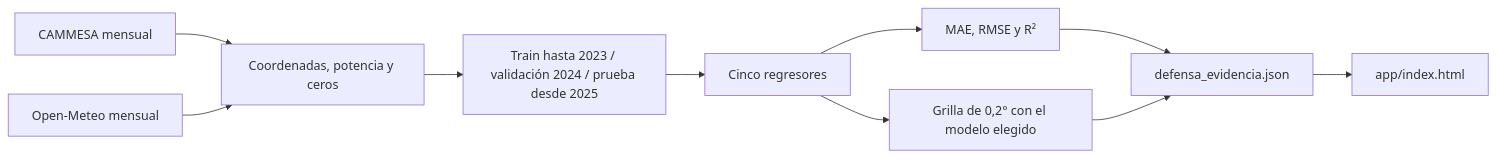
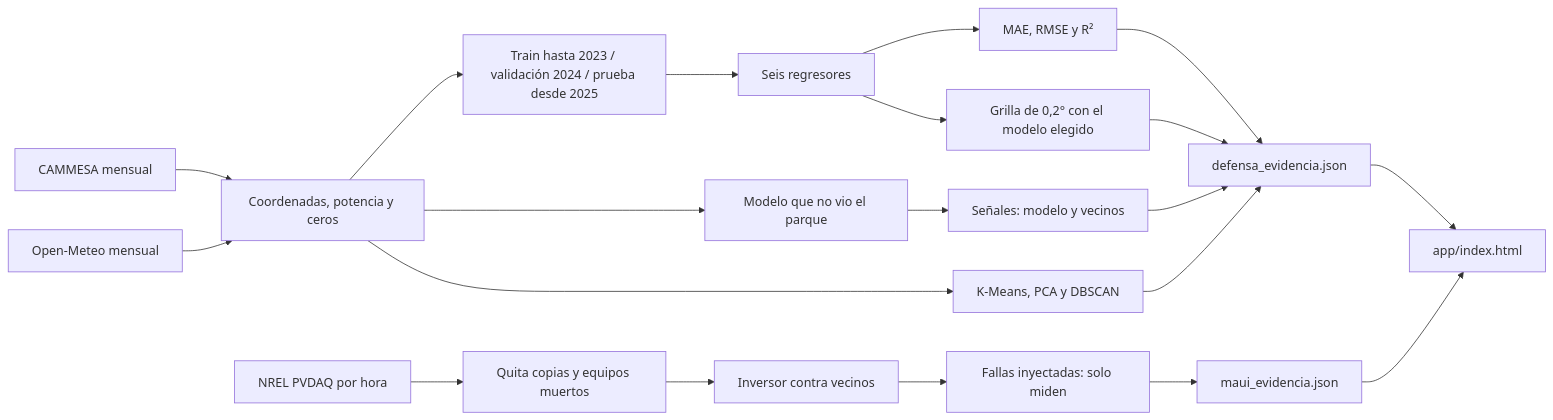
Before and after one commit to imelinc/tpo-solar: the diagram in docs/arquitectura.md, drawn with Mermaid. The commit also changed other lines of this file and 15 other files, not shown here.

````diff
--- a/docs/arquitectura.md
+++ b/docs/arquitectura.md
@@ -5,12 +5,22 @@
 ```mermaid
 flowchart LR
     CAM[CAMMESA mensual] --> PREP[Coordenadas, potencia y ceros]
     OM[Open-Meteo mensual] --> PREP
     PREP --> SPLIT[Train hasta 2023 / validación 2024 / prueba desde 2025]
-    SPLIT --> REG[Cinco regresores]
+    SPLIT --> REG[Seis regresores]
     REG --> MET[MAE, RMSE y R²]
     REG --> GRID[Grilla de 0,2° con el modelo elegido]
+    PREP --> OOF[Modelo que no vio el parque]
+    OOF --> SEN[Señales: modelo y vecinos]
+    PREP --> NS[K-Means, PCA y DBSCAN]
+    PV[NREL PVDAQ por hora] --> CAL[Quita copias y equipos muertos]
+    CAL --> REGLA[Inversor contra vecinos]
+    REGLA --> INY[Fallas inyectadas: solo miden]
     MET --> JSON[defensa_evidencia.json]
     GRID --> JSON
+    SEN --> JSON
+    NS --> JSON
+    INY --> MJ[maui_evidencia.json]
     JSON --> APP[app/index.html]
+    MJ --> APP
 ```
````
